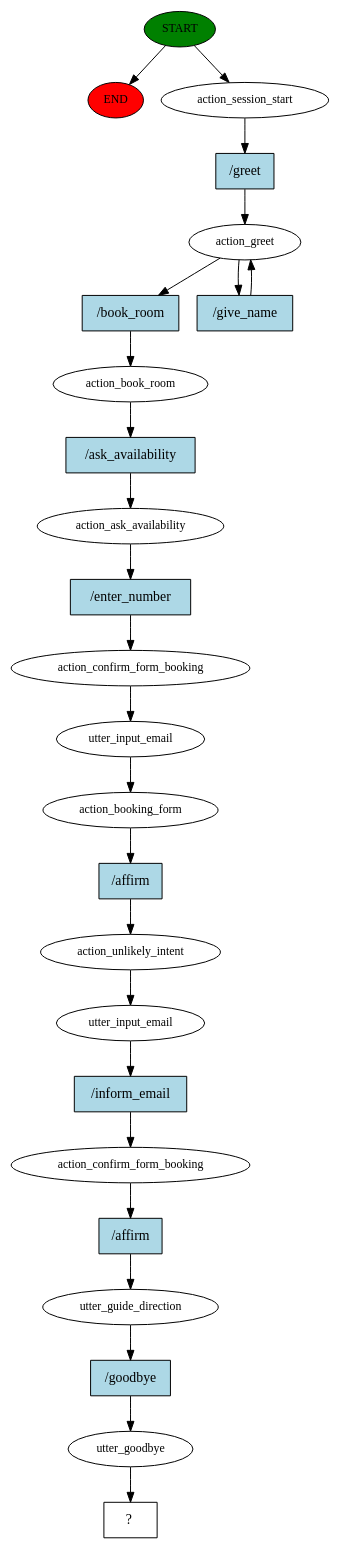
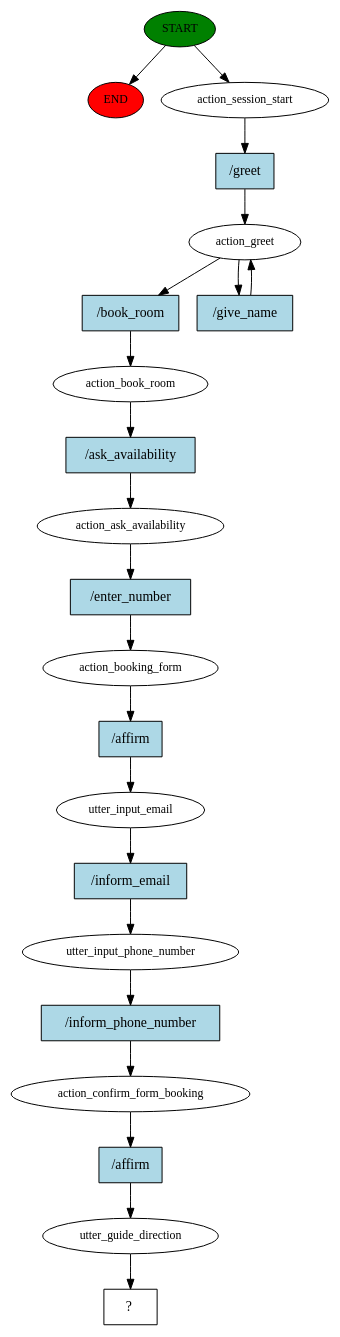
One commit to blackbullerk123/HotelRasaChatbot changed the diagram in story_graph.dot. Above: the diagram before and after it, drawn with Graphviz. The commit also changed 6 other files, not shown here.

Commit message:
done inform phone number

```diff
--- a/story_graph.dot
+++ b/story_graph.dot
@@ -1,50 +1,44 @@
 digraph  {
 0 [class="start active", fillcolor=green, fontsize=12, label=START, style=filled];
 "-1" [class=end, fillcolor=red, fontsize=12, label=END, style=filled];
 1 [class=active, fontsize=12, label=action_session_start];
 2 [class=active, fontsize=12, label=action_greet];
 4 [class=active, fontsize=12, label=action_book_room];
 5 [class=active, fontsize=12, label=action_ask_availability];
-6 [class=active, fontsize=12, label=action_confirm_form_booking];
+6 [class=active, fontsize=12, label=action_booking_form];
 7 [class=active, fontsize=12, label=utter_input_email];
-8 [class=active, fontsize=12, label=action_booking_form];
-9 [class=active, fontsize=12, label=action_unlikely_intent];
-10 [class=active, fontsize=12, label=utter_input_email];
-11 [class=active, fontsize=12, label=action_confirm_form_booking];
-12 [class=active, fontsize=12, label=utter_guide_direction];
-13 [class=active, fontsize=12, label=utter_goodbye];
-14 [class="intent dashed active", label="  ?  ", shape=rect];
-15 [class="intent active", fillcolor=lightblue, label="/greet", shape=rect, style=filled];
-16 [class="intent active", fillcolor=lightblue, label="/book_room", shape=rect, style=filled];
-17 [class="intent active", fillcolor=lightblue, label="/give_name", shape=rect, style=filled];
-18 [class="intent active", fillcolor=lightblue, label="/ask_availability", shape=rect, style=filled];
-19 [class="intent active", fillcolor=lightblue, label="/enter_number", shape=rect, style=filled];
+8 [class=active, fontsize=12, label=utter_input_phone_number];
+9 [class=active, fontsize=12, label=action_confirm_form_booking];
+10 [class=active, fontsize=12, label=utter_guide_direction];
+11 [class="intent dashed active", label="  ?  ", shape=rect];
+12 [class="intent active", fillcolor=lightblue, label="/greet", shape=rect, style=filled];
+13 [class="intent active", fillcolor=lightblue, label="/book_room", shape=rect, style=filled];
+14 [class="intent active", fillcolor=lightblue, label="/give_name", shape=rect, style=filled];
+15 [class="intent active", fillcolor=lightblue, label="/ask_availability", shape=rect, style=filled];
+16 [class="intent active", fillcolor=lightblue, label="/enter_number", shape=rect, style=filled];
+17 [class="intent active", fillcolor=lightblue, label="/affirm", shape=rect, style=filled];
+18 [class="intent active", fillcolor=lightblue, label="/inform_email", shape=rect, style=filled];
+19 [class="intent active", fillcolor=lightblue, label="/inform_phone_number", shape=rect, style=filled];
 20 [class="intent active", fillcolor=lightblue, label="/affirm", shape=rect, style=filled];
-21 [class="intent active", fillcolor=lightblue, label="/inform_email", shape=rect, style=filled];
-22 [class="intent active", fillcolor=lightblue, label="/affirm", shape=rect, style=filled];
-23 [class="intent active", fillcolor=lightblue, label="/goodbye", shape=rect, style=filled];
 0 -> "-1"  [class="", key=NONE, label=""];
 0 -> 1  [class=active, key=NONE, label=""];
-1 -> 15  [class=active, key=0];
-2 -> 16  [class=active, key=0];
-2 -> 17  [class=active, key=0];
-4 -> 18  [class=active, key=0];
-5 -> 19  [class=active, key=0];
-6 -> 7  [class=active, key=NONE, label=""];
-7 -> 8  [class=active, key=NONE, label=""];
-8 -> 20  [class=active, key=0];
-9 -> 10  [class=active, key=NONE, label=""];
-10 -> 21  [class=active, key=0];
-11 -> 22  [class=active, key=0];
-12 -> 23  [class=active, key=0];
-13 -> 14  [class=active, key=NONE, label=""];
-15 -> 2  [class=active, key=0];
-16 -> 4  [class=active, key=0];
-17 -> 2  [class=active, key=0];
-18 -> 5  [class=active, key=0];
-19 -> 6  [class=active, key=0];
-20 -> 9  [class=active, key=0];
-21 -> 11  [class=active, key=0];
-22 -> 12  [class=active, key=0];
-23 -> 13  [class=active, key=0];
+1 -> 12  [class=active, key=0];
+2 -> 13  [class=active, key=0];
+2 -> 14  [class=active, key=0];
+4 -> 15  [class=active, key=0];
+5 -> 16  [class=active, key=0];
+6 -> 17  [class=active, key=0];
+7 -> 18  [class=active, key=0];
+8 -> 19  [class=active, key=0];
+9 -> 20  [class=active, key=0];
+10 -> 11  [class=active, key=NONE, label=""];
+12 -> 2  [class=active, key=0];
+13 -> 4  [class=active, key=0];
+14 -> 2  [class=active, key=0];
+15 -> 5  [class=active, key=0];
+16 -> 6  [class=active, key=0];
+17 -> 7  [class=active, key=0];
+18 -> 8  [class=active, key=0];
+19 -> 9  [class=active, key=0];
+20 -> 10  [class=active, key=0];
 }
```
